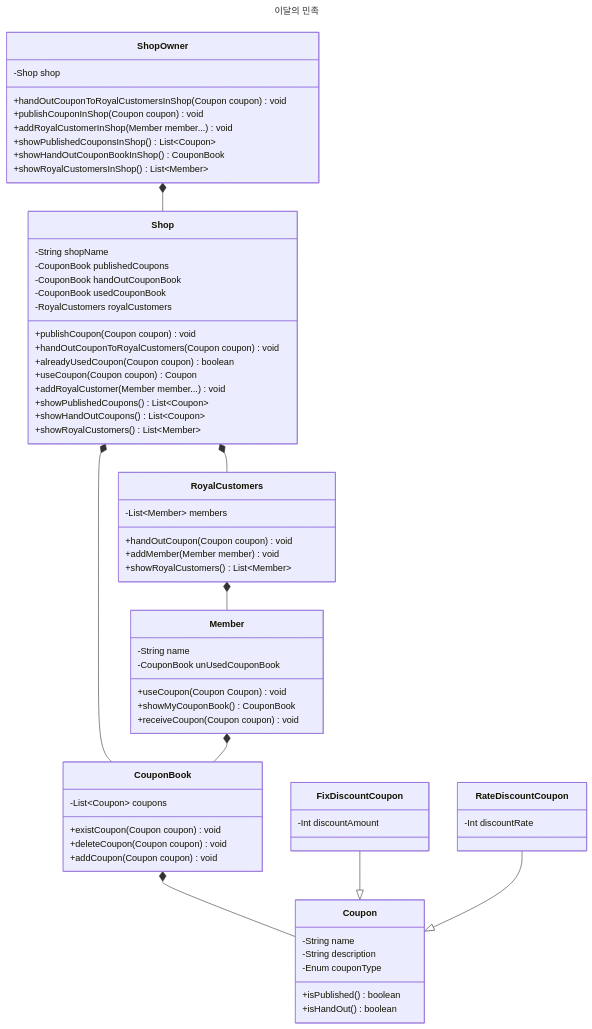
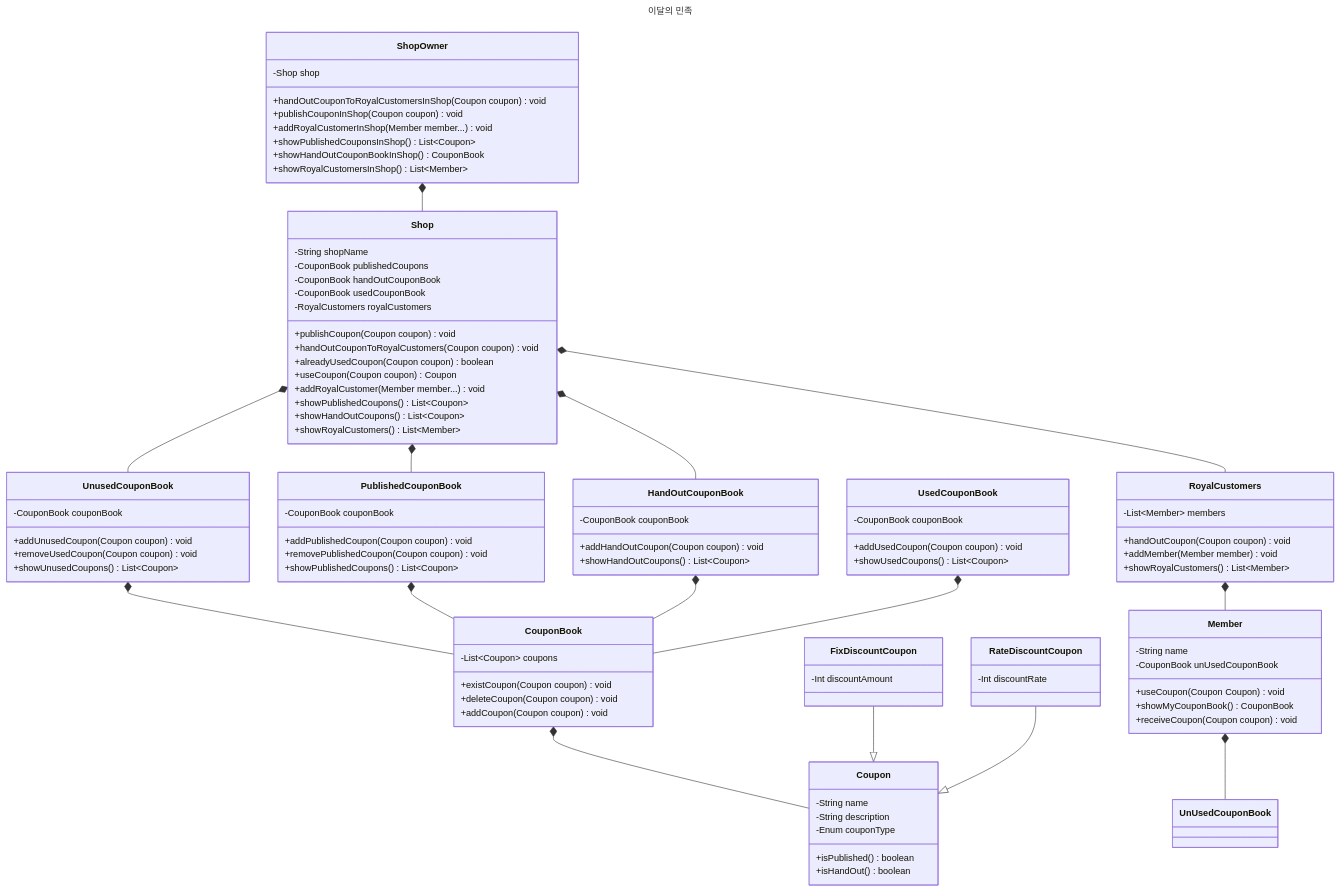
One commit to Exagonal-Study/est-delivery changed the first of 2 diagrams in README.md. Above: the diagram before and after it, drawn with Mermaid.

Commit message:
chore : 모델링 수정

```diff
--- a/README.md
+++ b/README.md
@@ -43,20 +43,52 @@
 title: 이달의 민족
 ---
 classDiagram
-    Shop *-- CouponBook
+    Shop *-- UnusedCouponBook
+    Shop *-- PublishedCouponBook
+    Shop *-- HandOutCouponBook
     Shop *-- RoyalCustomers
     RoyalCustomers *-- Member
-    Member *-- CouponBook
+    Member *-- UnUsedCouponBook
     CouponBook *-- Coupon
     FixDiscountCoupon --|> Coupon
     RateDiscountCoupon --|> Coupon
     ShopOwner *-- Shop
+    UnusedCouponBook *-- CouponBook
+    PublishedCouponBook *-- CouponBook
+    HandOutCouponBook *-- CouponBook
+    UsedCouponBook *-- CouponBook
 
     class CouponBook{
 			-List~Coupon~ coupons
 			+existCoupon(Coupon coupon) void
 			+deleteCoupon(Coupon coupon) void
 			+addCoupon(Coupon coupon) void
+    }
+    
+    class UsedCouponBook{
+        -CouponBook couponBook
+        +addUsedCoupon(Coupon coupon) void
+        +showUsedCoupons() List~Coupon~
+    }
+
+    class UnusedCouponBook{
+        -CouponBook couponBook
+        +addUnusedCoupon(Coupon coupon) void
+        +removeUsedCoupon(Coupon coupon) void
+        +showUnusedCoupons() List~Coupon~
+    }
+    
+    class PublishedCouponBook{
+        -CouponBook couponBook
+        +addPublishedCoupon(Coupon coupon) void
+        +removePublishedCoupon(Coupon coupon) void
+        +showPublishedCoupons() List~Coupon~
+    }
+    
+    class HandOutCouponBook{
+        -CouponBook couponBook
+        +addHandOutCoupon(Coupon coupon) void
+        +showHandOutCoupons() List~Coupon~
     }
 
     class Coupon{
```
